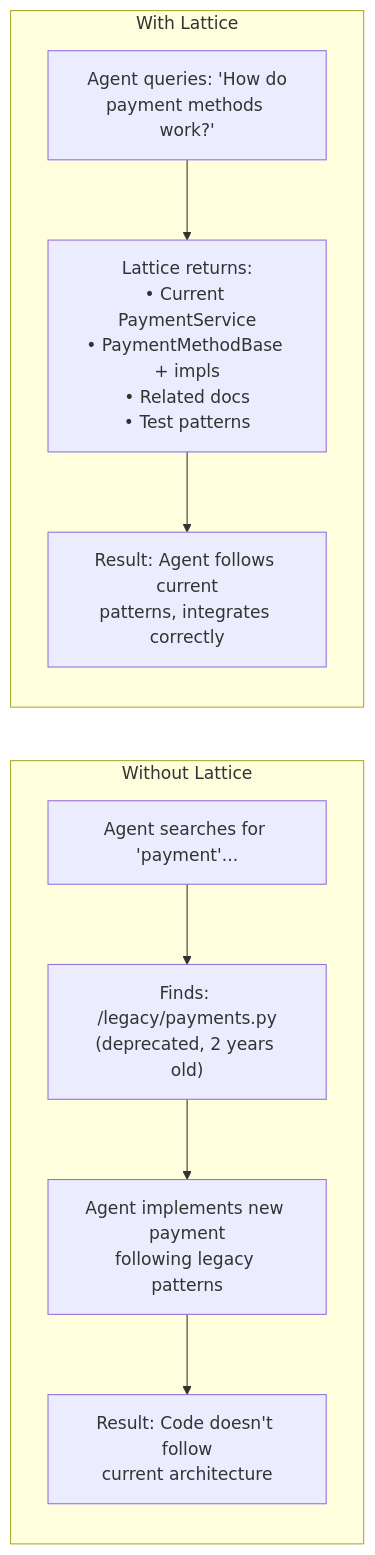
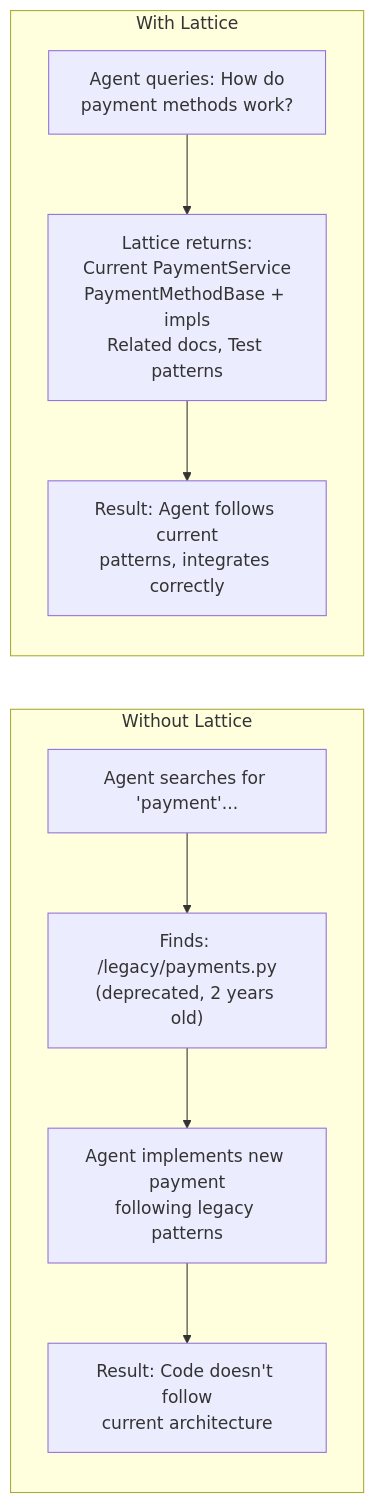
Before and after one commit to iAmLakshya/Lattice: the first of 8 diagrams in README.md, drawn with Mermaid. The commit also changed other lines of this file, not shown here.

````diff
--- a/README.md
+++ b/README.md
@@ -136,19 +136,19 @@
 ```mermaid
 flowchart LR
     subgraph without["Without Lattice"]
         direction TB
         w1["Agent searches for 'payment'..."]
-        w2["Finds: /legacy/payments.py\n(deprecated, 2 years old)"]
-        w3["Agent implements new payment\nfollowing legacy patterns"]
-        w4["Result: Code doesn't follow\ncurrent architecture"]
+        w2["Finds: /legacy/payments.py<br>(deprecated, 2 years old)"]
+        w3["Agent implements new payment<br>following legacy patterns"]
+        w4["Result: Code doesn't follow<br>current architecture"]
         w1 --> w2 --> w3 --> w4
     end
 
     subgraph with["With Lattice"]
         direction TB
-        l1["Agent queries: 'How do\npayment methods work?'"]
-        l2["Lattice returns:\n• Current PaymentService\n• PaymentMethodBase + impls\n• Related docs\n• Test patterns"]
-        l3["Result: Agent follows current\npatterns, integrates correctly"]
+        l1["Agent queries: How do<br>payment methods work?"]
+        l2["Lattice returns:<br>Current PaymentService<br>PaymentMethodBase + impls<br>Related docs, Test patterns"]
+        l3["Result: Agent follows current<br>patterns, integrates correctly"]
         l1 --> l2 --> l3
     end
 ```
````
